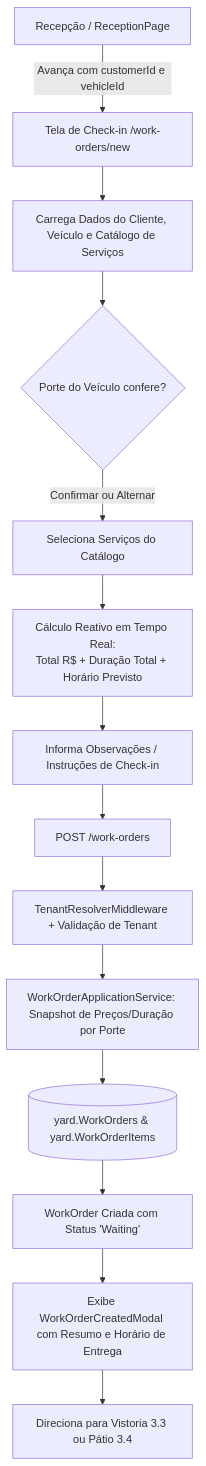
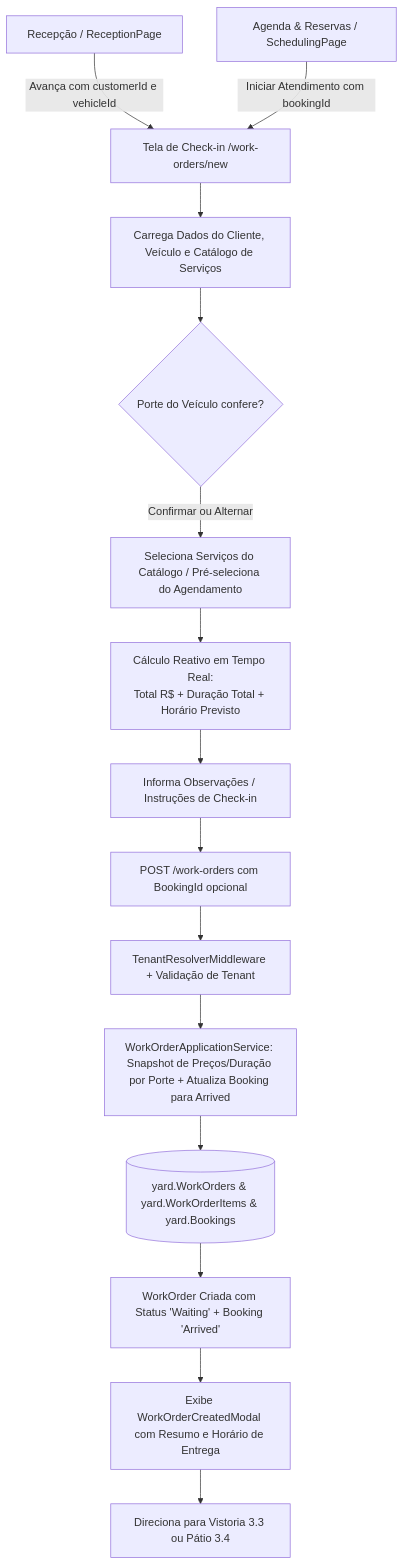
The diagram in docs/living-docs/abertura-ordem-servico-3.2.md (ronaldocestrela/lavaway), drawn with Mermaid before and after one commit. The commit also changed other lines of this file and 13 other files, not shown here.

Commit message:
feat: support check-in workflow from scheduling bookings to work orders

````diff
--- a/docs/living-docs/abertura-ordem-servico-3.2.md
+++ b/docs/living-docs/abertura-ordem-servico-3.2.md
@@ -14,16 +14,17 @@
 ```mermaid
 flowchart TD
     R[Recepção / ReceptionPage] -->|Avança com customerId e vehicleId| CK[Tela de Check-in /work-orders/new]
+    AG[Agenda & Reservas / SchedulingPage] -->|Iniciar Atendimento com bookingId| CK
     CK --> V[Carrega Dados do Cliente, Veículo e Catálogo de Serviços]
     V --> P{Porte do Veículo confere?}
-    P -->|Confirmar ou Alternar| S[Seleciona Serviços do Catálogo]
+    P -->|Confirmar ou Alternar| S[Seleciona Serviços do Catálogo / Pré-seleciona do Agendamento]
     S --> CALC[Cálculo Reativo em Tempo Real:\nTotal R$ + Duração Total + Horário Previsto]
     CALC --> OBS[Informa Observações / Instruções de Check-in]
-    OBS --> SUBMIT[POST /work-orders]
+    OBS --> SUBMIT[POST /work-orders com BookingId opcional]
     SUBMIT --> AUTH[TenantResolverMiddleware + Validação de Tenant]
-    AUTH --> APP[WorkOrderApplicationService: Snapshot de Preços/Duração por Porte]
-    APP --> DB[(yard.WorkOrders & yard.WorkOrderItems)]
-    DB --> SUCC[WorkOrder Criada com Status 'Waiting']
+    AUTH --> APP[WorkOrderApplicationService: Snapshot de Preços/Duração por Porte + Atualiza Booking para Arrived]
+    APP --> DB[(yard.WorkOrders & yard.WorkOrderItems & yard.Bookings)]
+    DB --> SUCC[WorkOrder Criada com Status 'Waiting' + Booking 'Arrived']
     SUCC --> MODAL[Exibe WorkOrderCreatedModal com Resumo e Horário de Entrega]
     MODAL --> NEXT[Direciona para Vistoria 3.3 ou Pátio 3.4]
 ```
````
